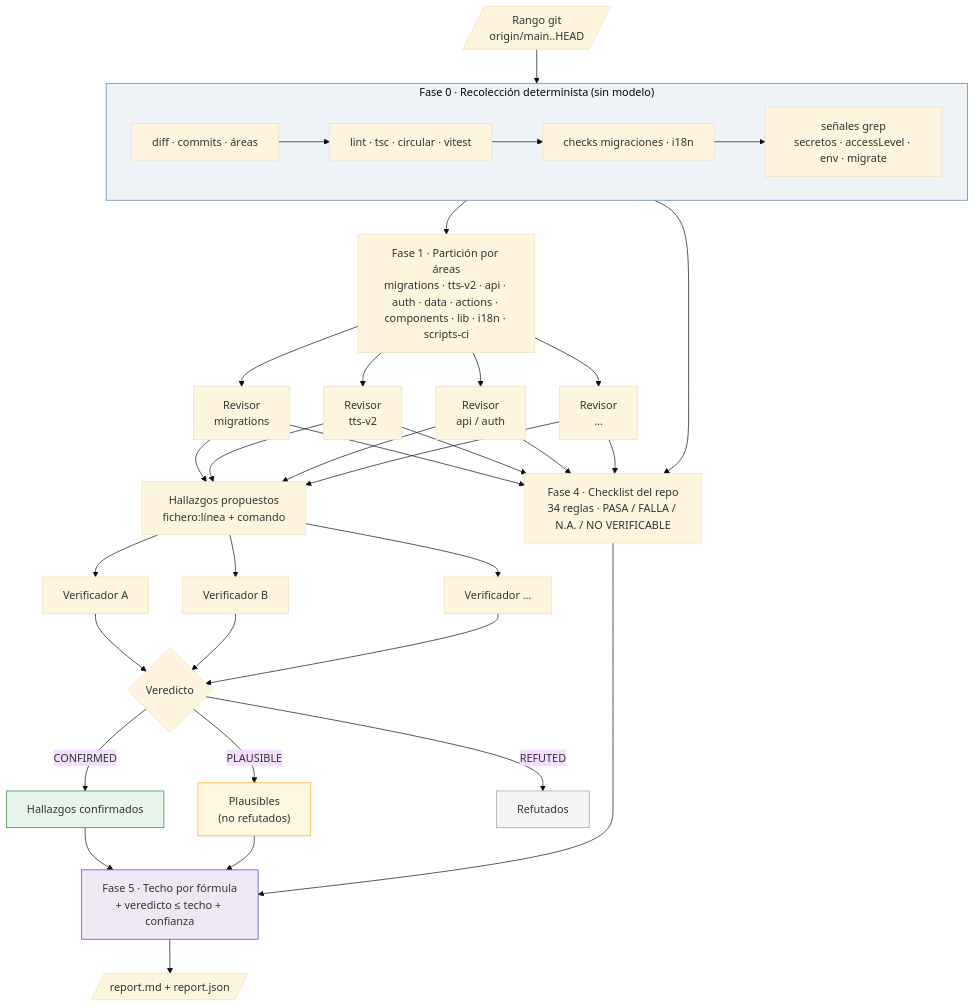
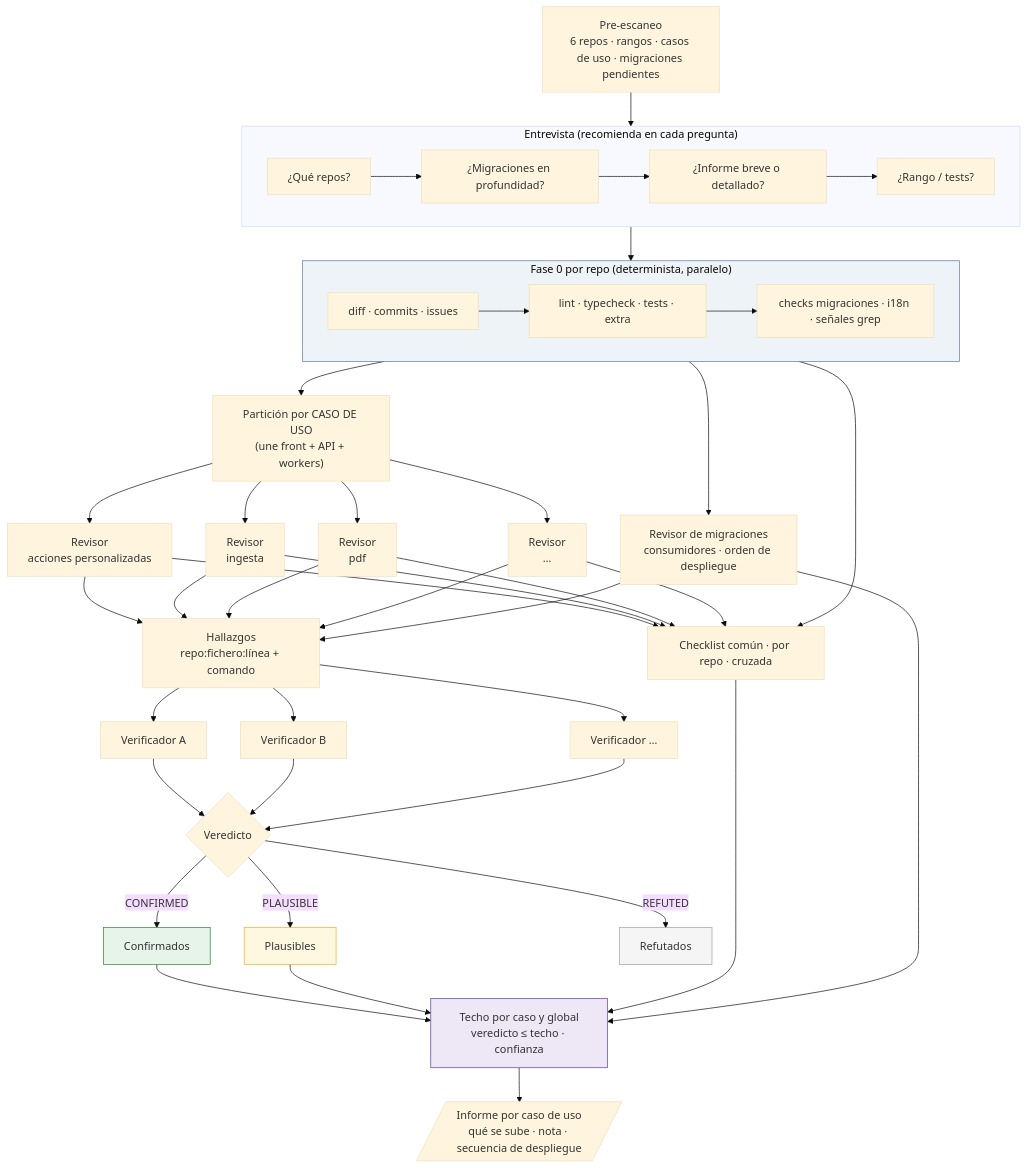
Before and after one commit to A2RCrew/skills: the diagram in skills/a2r-release-review/README.md, drawn with Mermaid (base theme). The commit also changed other lines of this file and 16 other files, not shown here.

First line of the commit message:
feat(a2r-release-review): v1.1 multi-repo, entrevista y revisión por caso de uso

````diff
--- a/skills/a2r-release-review/README.md
+++ b/skills/a2r-release-review/README.md
@@ -24,34 +24,38 @@
 ```mermaid
 flowchart TD
-    A[/"Rango git<br/>origin/main..HEAD"/] --> F0
+    P["Pre-escaneo<br/>6 repos · rangos · casos de uso · migraciones pendientes"] --> E
 
-    subgraph F0["Fase 0 · Recolección determinista (sin modelo)"]
+    subgraph E["Entrevista (recomienda en cada pregunta)"]
         direction LR
-        F0a["diff · commits · áreas"] --> F0b["lint · tsc · circular · vitest"] --> F0c["checks migraciones · i18n"] --> F0d["señales grep<br/>secretos · accessLevel · env · migrate"]
+        E1["¿Qué repos?"] --> E2["¿Migraciones en profundidad?"] --> E3["¿Informe breve o detallado?"] --> E4["¿Rango / tests?"]
     end
 
-    F0 --> F1["Fase 1 · Partición por áreas<br/>migrations · tts-v2 · api · auth · data · actions · components · lib · i18n · scripts-ci"]
+    E --> C
+    subgraph C["Fase 0 por repo (determinista, paralelo)"]
+        direction LR
+        C1["diff · commits · issues"] --> C2["lint · typecheck · tests · extra"] --> C3["checks migraciones · i18n · señales grep"]
+    end
 
-    F1 --> R1["Revisor<br/>migrations"] & R2["Revisor<br/>tts-v2"] & R3["Revisor<br/>api / auth"] & R4["Revisor<br/>…"]
+    C --> U["Partición por CASO DE USO<br/>(une front + API + workers)"]
+    U --> R1["Revisor<br/>acciones personalizadas"] & R2["Revisor<br/>ingesta"] & R3["Revisor<br/>pdf"] & R4["Revisor<br/>…"]
+    C --> M["Revisor de migraciones<br/>consumidores · orden de despliegue"]
 
-    R1 & R2 & R3 & R4 --> P["Hallazgos propuestos<br/>fichero:línea + comando"]
+    R1 & R2 & R3 & R4 & M --> H["Hallazgos<br/>repo:fichero:línea + comando"]
+    H --> V1["Verificador A"] & V2["Verificador B"] & V3["Verificador …"]
+    V1 & V2 & V3 --> D{Veredicto}
+    D -->|CONFIRMED| OK["Confirmados"]
+    D -->|PLAUSIBLE| PL["Plausibles"]
+    D -->|REFUTED| RF["Refutados"]
 
-    P --> V1["Verificador A"] & V2["Verificador B"] & V3["Verificador …"]
-
-    V1 & V2 & V3 --> C{Veredicto}
-    C -->|CONFIRMED| OK["Hallazgos confirmados"]
-    C -->|PLAUSIBLE| PL["Plausibles<br/>(no refutados)"]
-    C -->|REFUTED| RF["Refutados"]
-
-    F0 --> CL["Fase 4 · Checklist del repo<br/>34 reglas · PASA / FALLA / N.A. / NO VERIFICABLE"]
+    C --> CL["Checklist común · por repo · cruzada"]
     R1 & R2 & R3 & R4 --> CL
 
-    OK & PL & CL --> S["Fase 5 · Techo por fórmula<br/>+ veredicto ≤ techo + confianza"]
-    S --> REP[/"report.md + report.json"/]
+    OK & PL & CL & M --> S["Techo por caso y global<br/>veredicto ≤ techo · confianza"]
+    S --> REP[/"Informe por caso de uso<br/>qué se sube · nota · secuencia de despliegue"/]
 
-    style F0 fill:#eef3f8,stroke:#5b7a9d
+    style C fill:#eef3f8,stroke:#5b7a9d
     style OK fill:#e6f4ea,stroke:#2e7d32
     style PL fill:#fff8e1,stroke:#f9a825
     style RF fill:#f5f5f5,stroke:#9e9e9e
     style S fill:#ede7f6,stroke:#5e35b1
 ```
````
